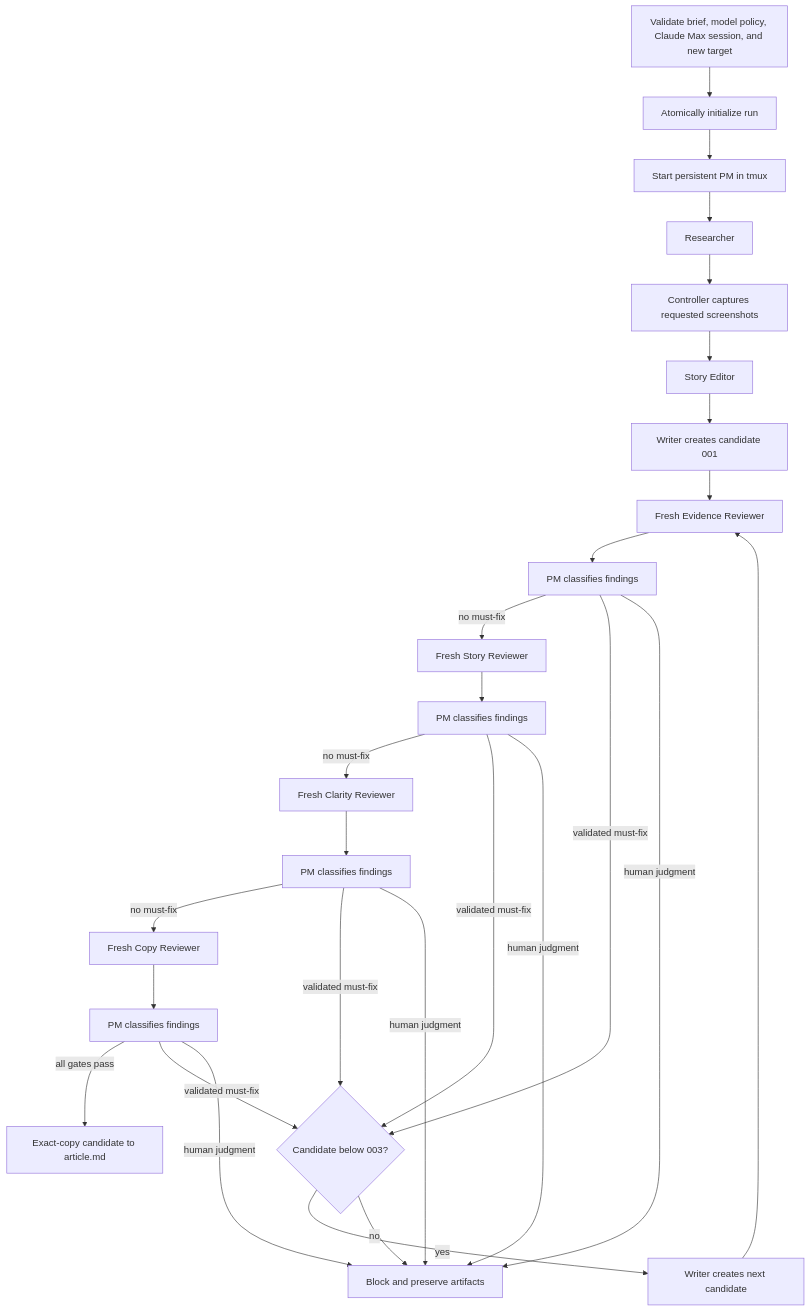
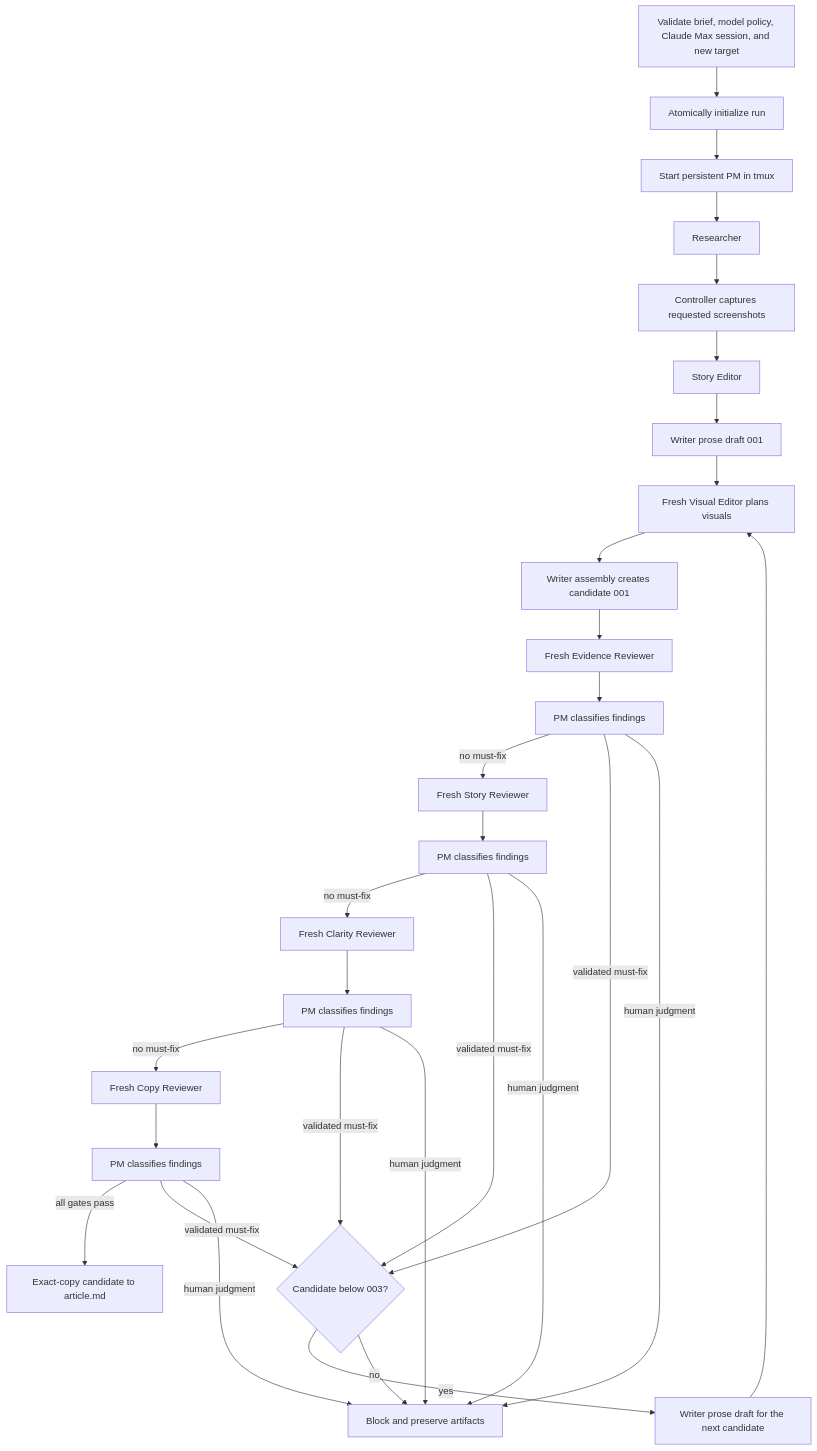
One commit to uuta/write-uuter changed the diagram in docs/workflow.md. Above: the diagram before and after it, drawn with Mermaid. The commit also changed other lines of this file and 25 other files, not shown here.

````diff
--- a/docs/workflow.md
+++ b/docs/workflow.md
@@ -17,29 +17,31 @@
 ```mermaid
 flowchart TD
     v[Validate brief, model policy, Claude Max session, and new target] --> i[Atomically initialize run]
     i --> pm[Start persistent PM in tmux]
     pm --> r[Researcher]
     r --> shot[Controller captures requested screenshots]
     shot --> s[Story Editor]
-    s --> w[Writer creates candidate 001]
-    w --> e[Fresh Evidence Reviewer]
+    s --> w[Writer prose draft 001]
+    w --> ve[Fresh Visual Editor plans visuals]
+    ve --> asm[Writer assembly creates candidate 001]
+    asm --> e[Fresh Evidence Reviewer]
     e --> pe[PM classifies findings]
     pe -->|no must-fix| sr[Fresh Story Reviewer]
     sr --> ps[PM classifies findings]
     ps -->|no must-fix| c[Fresh Clarity Reviewer]
     c --> pc[PM classifies findings]
     pc -->|no must-fix| cp[Fresh Copy Reviewer]
     cp --> pp[PM classifies findings]
     pp -->|all gates pass| f[Exact-copy candidate to article.md]
     pe -->|validated must-fix| b{Candidate below 003?}
     ps -->|validated must-fix| b
     pc -->|validated must-fix| b
     pp -->|validated must-fix| b
-    b -->|yes| rw[Writer creates next candidate]
-    rw --> e
+    b -->|yes| rw[Writer prose draft for the next candidate]
+    rw --> ve
     b -->|no| blocked[Block and preserve artifacts]
     pe -->|human judgment| blocked
     ps -->|human judgment| blocked
     pc -->|human judgment| blocked
     pp -->|human judgment| blocked
 ```
````
